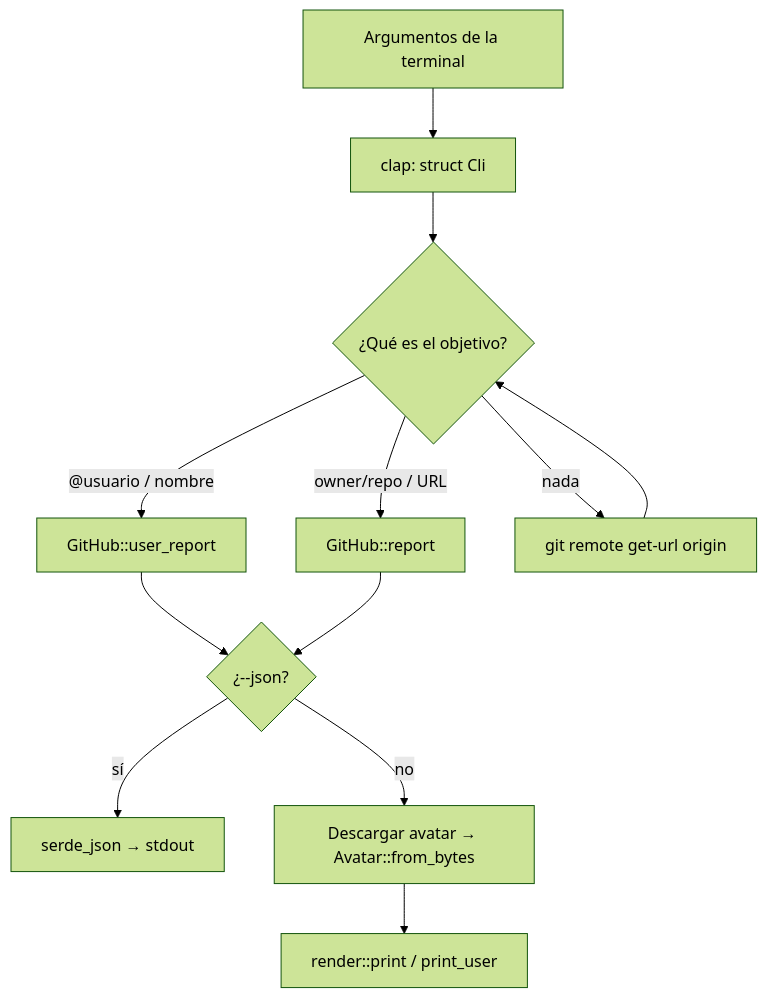
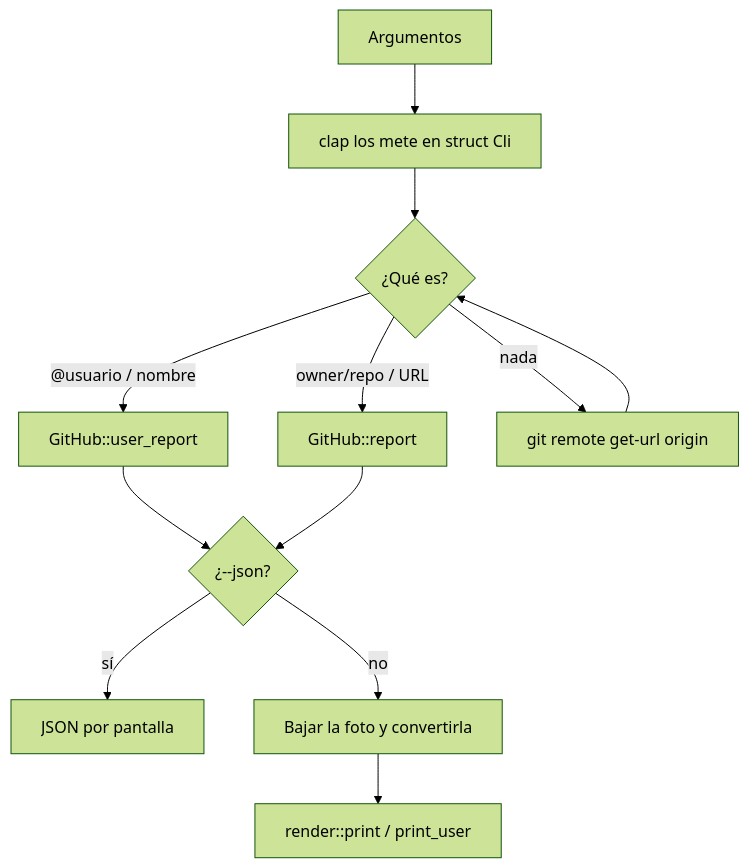
The diagram in docs/Arquitectura.md (KillKillaV/volgit), drawn with Mermaid (forest theme) before and after one commit. The commit also changed other lines of this file and 12 other files, not shown here.

````diff
--- a/docs/Arquitectura.md
+++ b/docs/Arquitectura.md
@@ -11,13 +11,13 @@
 ```mermaid
 flowchart TD
-    A[Argumentos de la terminal] --> B[clap: struct Cli]
-    B --> C{¿Qué es el objetivo?}
+    A[Argumentos] --> B[clap los mete en struct Cli]
+    B --> C{¿Qué es?}
     C -- "@usuario / nombre" --> D[GitHub::user_report]
     C -- "owner/repo / URL" --> E[GitHub::report]
     C -- nada --> F[git remote get-url origin] --> C
     D --> G{¿--json?}
     E --> G
-    G -- sí --> H[serde_json → stdout]
-    G -- no --> I[Descargar avatar → Avatar::from_bytes]
+    G -- sí --> H[JSON por pantalla]
+    G -- no --> I[Bajar la foto y convertirla]
     I --> J[render::print / print_user]
 ```
````
